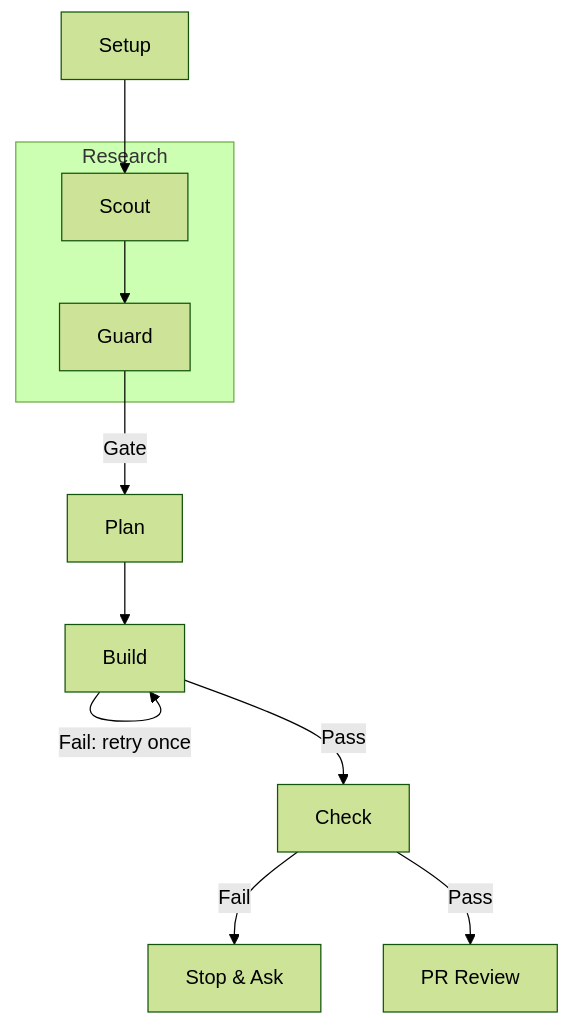
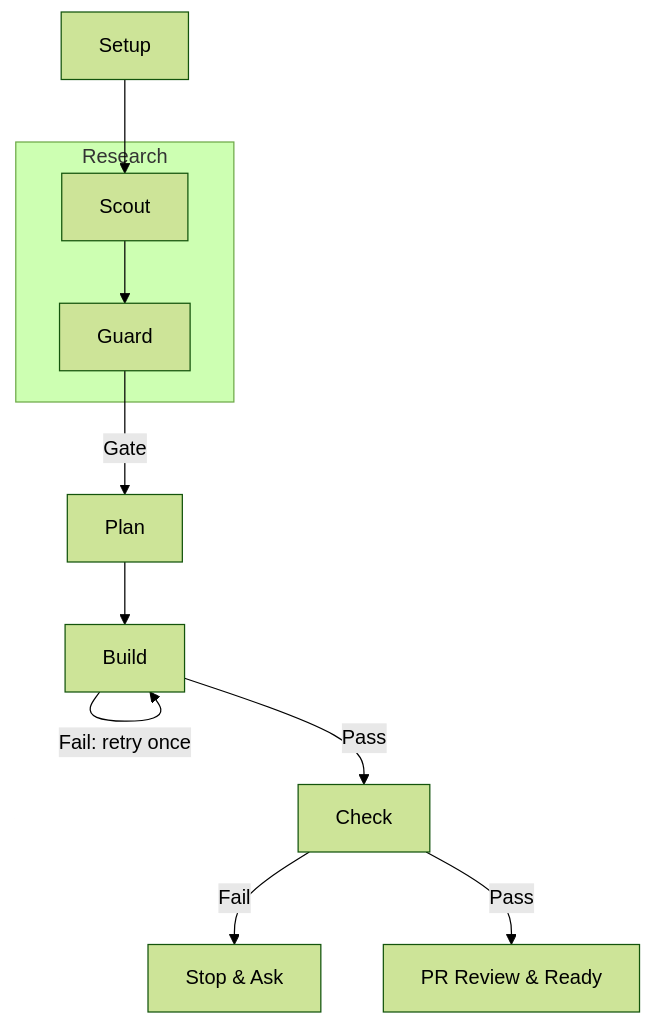
The first of 2 diagrams in README.md (clouatre-labs/agentic-coder-skill), drawn with Mermaid (forest theme) before and after one commit. The commit also changed other lines of this file and 2 other files, not shown here.

First line of the commit message:
docs(readme): align pipeline phases with SKILL.md PR review and ready (#40)

````diff
--- a/README.md
+++ b/README.md
@@ -80,13 +80,13 @@
 ```mermaid
 graph TD
     Setup[Setup] --> Scout[Scout]
     subgraph Research
         Scout --> Guard[Guard]
     end
     Guard -->|Gate| Plan[Plan]
     Plan --> Build[Build]
     Build -->|Fail: retry once| Build
     Build -->|Pass| Check[Check]
     Check -->|Fail| Stop[Stop & Ask]
-    Check -->|Pass| Review[PR Review]
+    Check -->|Pass| Review[PR Review & Ready]
 ```
````
